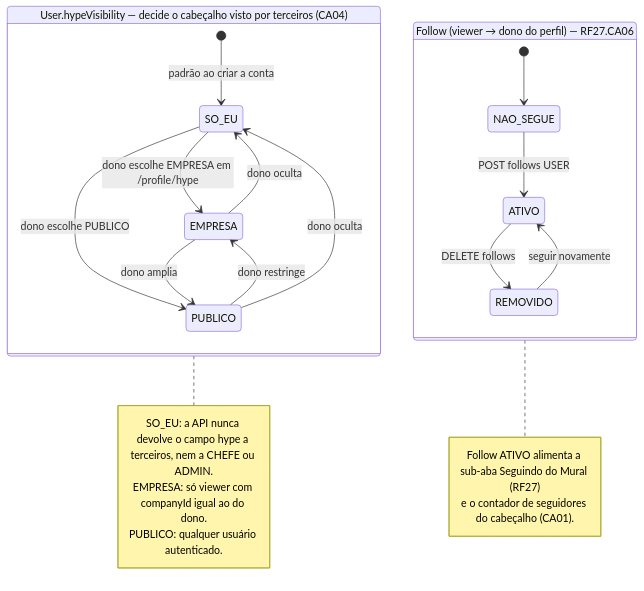
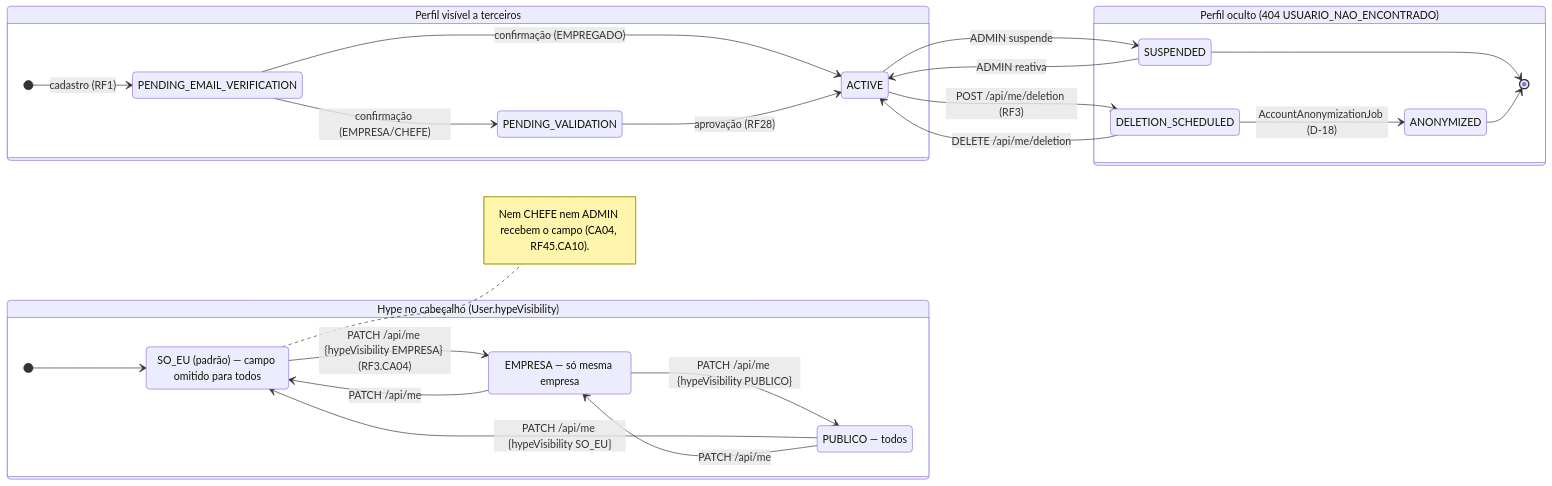
Before and after one commit to MatheusHaliski/Decia-app-2026: the fourth of 5 diagrams in docs/diagramas/RF16/README.md, drawn with Mermaid. The commit also changed other lines of this file and 4 other files, not shown here.

First line of the commit message:
docs(diagramas): reescreve RF16–RF20 (perfil de terceiros, Buscar, interações sociais, adequação do acervo)

````diff
--- a/docs/diagramas/RF16/README.md
+++ b/docs/diagramas/RF16/README.md
@@ -426,27 +378,40 @@
 ```mermaid
 stateDiagram-v2
-  state "User.hypeVisibility — decide o cabeçalho visto por terceiros (CA04)" as HV {
-    [*] --> SO_EU : padrão ao criar a conta
-    SO_EU --> EMPRESA : dono escolhe EMPRESA em /profile/hype
-    SO_EU --> PUBLICO : dono escolhe PUBLICO
-    EMPRESA --> PUBLICO : dono amplia
-    PUBLICO --> EMPRESA : dono restringe
-    EMPRESA --> SO_EU : dono oculta
-    PUBLICO --> SO_EU : dono oculta
+  direction LR
+  state "Perfil visível a terceiros" as VIS {
+    state "PENDING_EMAIL_VERIFICATION" as PEV
+    state "PENDING_VALIDATION" as PV
+    state "ACTIVE" as ACT
+    [*] --> PEV : cadastro (RF1)
+    PEV --> ACT : confirmação (EMPREGADO)
+    PEV --> PV : confirmação (EMPRESA/CHEFE)
+    PV --> ACT : aprovação (RF28)
   }
-  state "Follow (viewer → dono do perfil) — RF27.CA06" as FO {
-    [*] --> NAO_SEGUE
-    NAO_SEGUE --> ATIVO : POST follows USER
-    ATIVO --> REMOVIDO : DELETE follows
-    REMOVIDO --> ATIVO : seguir novamente
+  state "Perfil oculto (404 USUARIO_NAO_ENCONTRADO)" as OCU {
+    state "SUSPENDED" as SUS
+    state "DELETION_SCHEDULED" as DEL
+    state "ANONYMIZED" as ANO
+    SUS --> [*]
+    DEL --> ANO : AccountAnonymizationJob (D-18)
+    ANO --> [*]
   }
-  note right of HV
-    SO_EU: a API nunca devolve o campo hype a terceiros, nem a CHEFE ou ADMIN.
-    EMPRESA: só viewer com companyId igual ao do dono.
-    PUBLICO: qualquer usuário autenticado.
-  end note
-  note right of FO
-    Follow ATIVO alimenta a sub-aba Seguindo do Mural (RF27)
-    e o contador de seguidores do cabeçalho (CA01).
+  ACT --> SUS : ADMIN suspende
+  SUS --> ACT : ADMIN reativa
+  ACT --> DEL : POST /api/me/deletion (RF3)
+  DEL --> ACT : DELETE /api/me/deletion
+
+  state "Hype no cabeçalho (User.hypeVisibility)" as HYPE {
+    state "SO_EU (padrão) — campo omitido para todos" as SOEU
+    state "EMPRESA — só mesma empresa" as EMP
+    state "PUBLICO — todos" as PUB
+    [*] --> SOEU
+    SOEU --> EMP : PATCH /api/me {hypeVisibility EMPRESA} (RF3.CA04)
+    EMP --> PUB : PATCH /api/me {hypeVisibility PUBLICO}
+    PUB --> SOEU : PATCH /api/me {hypeVisibility SO_EU}
+    EMP --> SOEU : PATCH /api/me
+    PUB --> EMP : PATCH /api/me
+  }
+  note right of SOEU
+    Nem CHEFE nem ADMIN recebem o campo (CA04, RF45.CA10).
   end note
 ```
````
